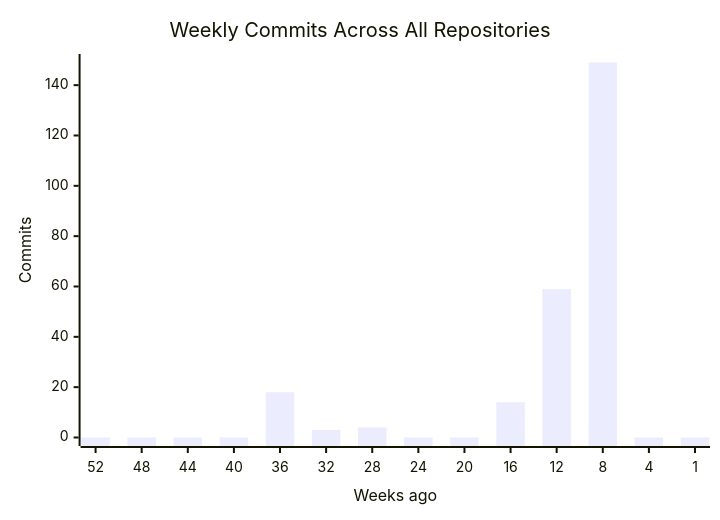
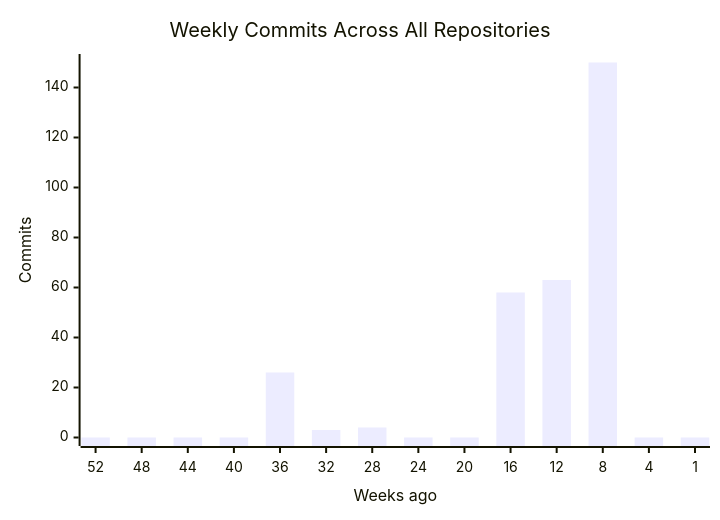
One commit to CSTH-Projects/.github changed the first of 4 diagrams in profile/README.md. Above: the diagram before and after it, drawn with Mermaid. The commit also changed other lines of this file, not shown here.

````diff
--- a/profile/README.md
+++ b/profile/README.md
@@ -16,7 +16,7 @@
 ```mermaid
 xychart-beta
     title "Weekly Commits Across All Repositories"
     x-axis "Weeks ago" [52, 48, 44, 40, 36, 32, 28, 24, 20, 16, 12, 8, 4, 1]
     y-axis "Commits"
-    bar [0, 0, 0, 0, 18, 3, 4, 0, 0, 14, 59, 149, 0, 0]
+    bar [0, 0, 0, 0, 26, 3, 4, 0, 0, 58, 63, 150, 0, 0]
 ```
````
